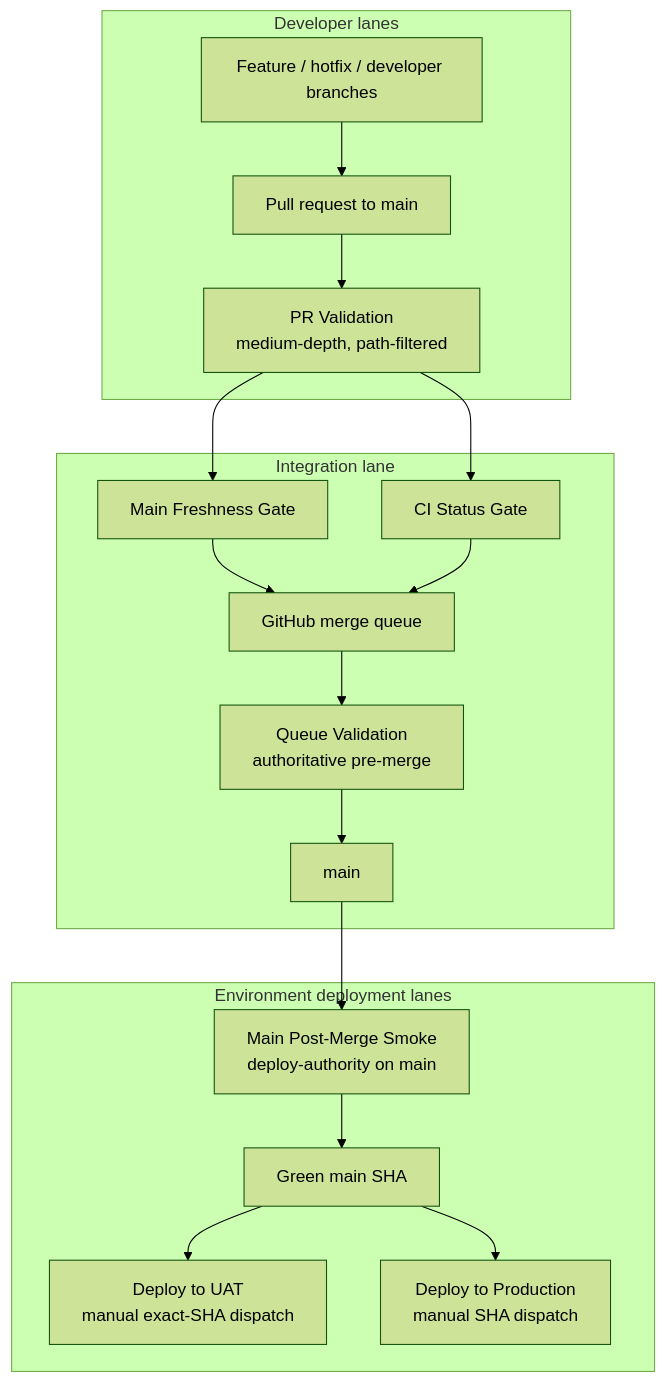
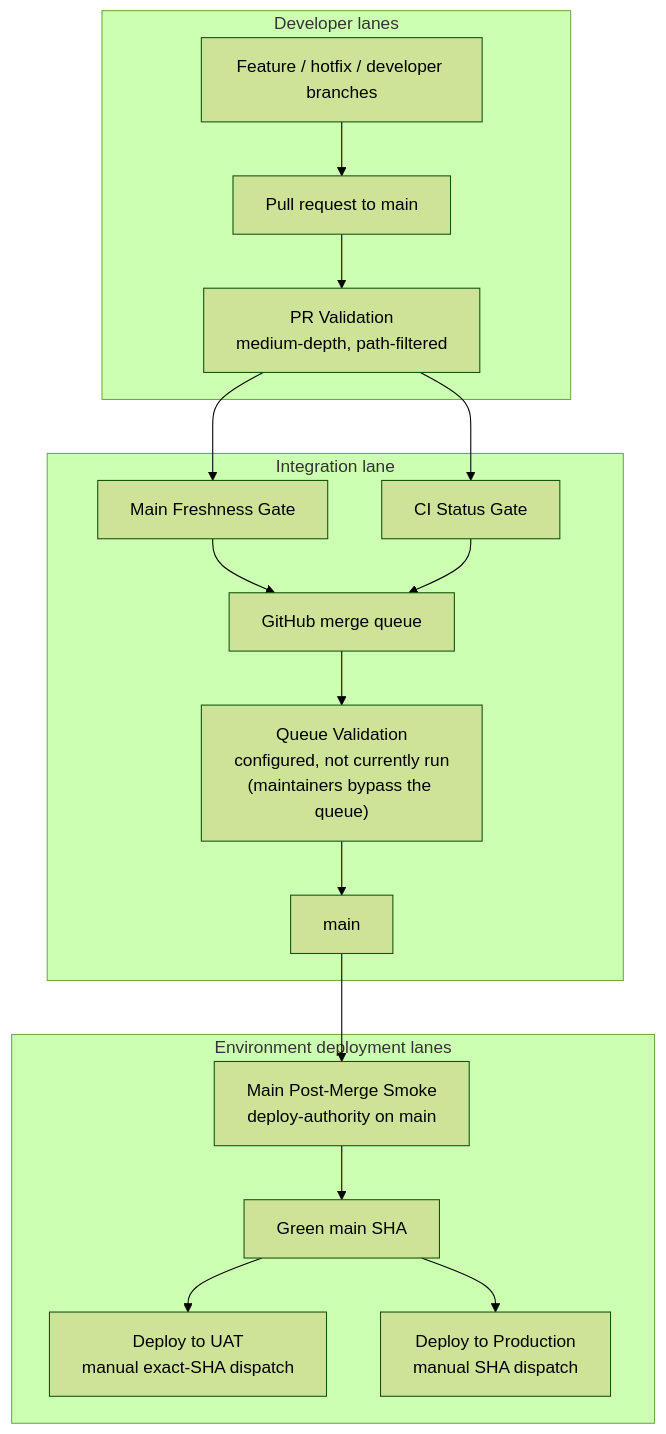
Before and after one commit to DamriaNeelesh/hushh-research: the diagram in docs/reference/operations/ci.md, drawn with Mermaid (forest theme). The commit also changed other lines of this file and 7 other files, not shown here.

````diff
--- a/docs/reference/operations/ci.md
+++ b/docs/reference/operations/ci.md
@@ -6,32 +6,32 @@
 ```mermaid
 flowchart TB
   subgraph dev["Developer lanes"]
     feat["Feature / hotfix / developer branches"]
     pr["Pull request to main"]
     prci["PR Validation<br/>medium-depth, path-filtered"]
   end
 
   subgraph integration["Integration lane"]
     freshness["Main Freshness Gate"]
     status["CI Status Gate"]
-    queueci["Queue Validation<br/>authoritative pre-merge"]
+    queueci["Queue Validation<br/>configured, not currently run<br/>(maintainers bypass the queue)"]
     queue["GitHub merge queue"]
     main["main"]
   end
 
   subgraph release["Environment deployment lanes"]
     green["Green main SHA"]
     smoke["Main Post-Merge Smoke<br/>deploy-authority on main"]
     uat["Deploy to UAT<br/>manual exact-SHA dispatch"]
     prod["Deploy to Production<br/>manual SHA dispatch"]
   end
 
   feat --> pr --> prci
   prci --> freshness
   prci --> status
   freshness --> queue
   status --> queue
   queue --> queueci --> main --> smoke --> green
   green --> uat
   green --> prod
 ```
````
